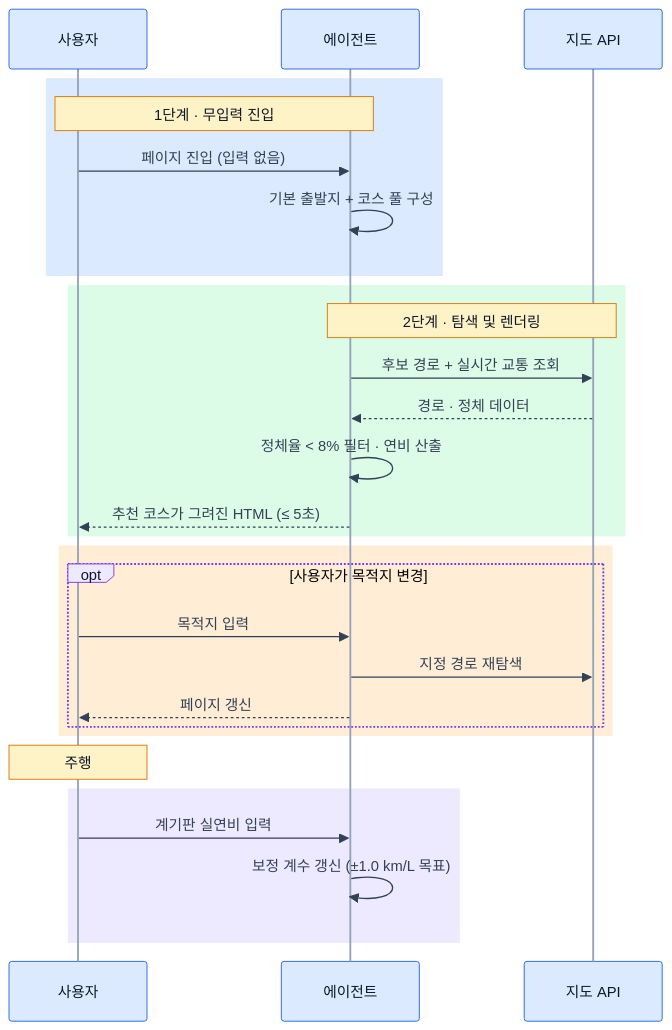
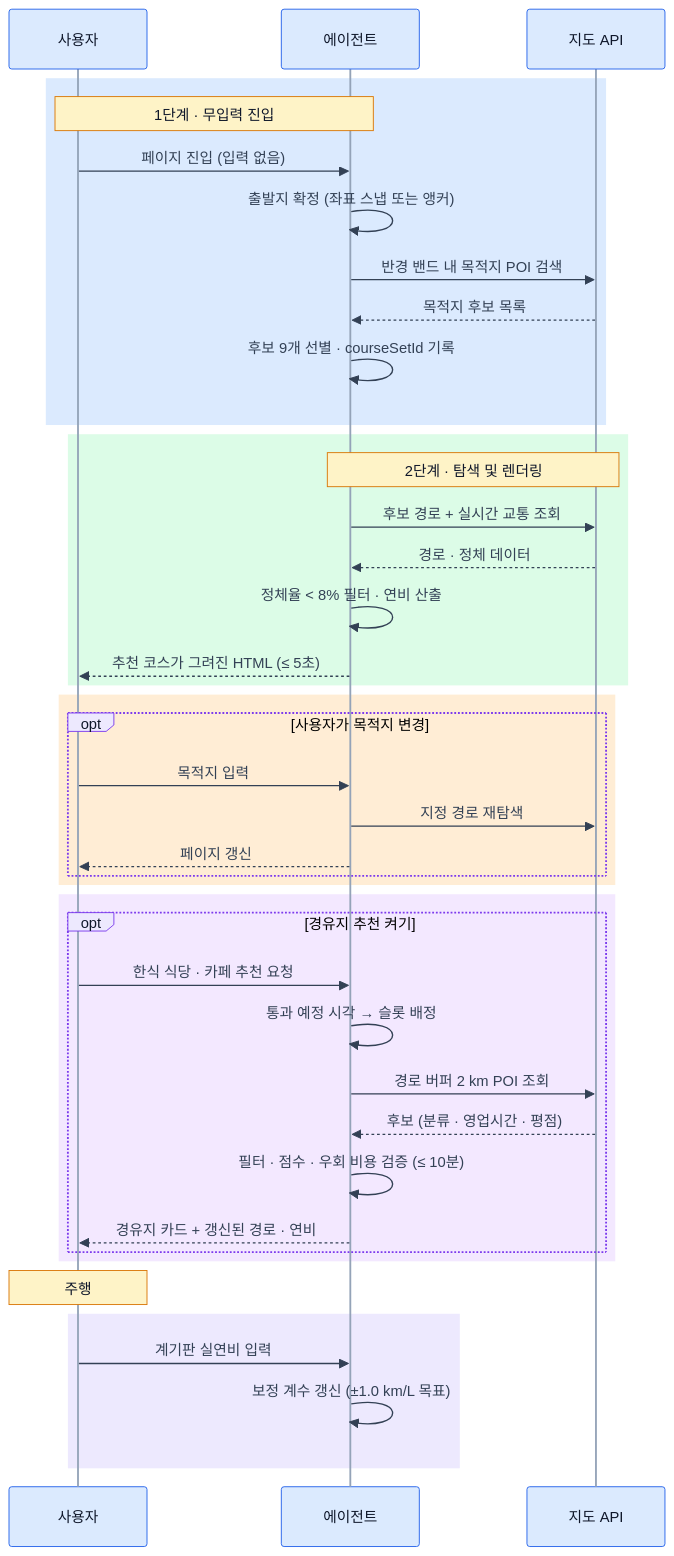
One commit to rome777/aiffel_test changed diagram 11 of 11 in README.md. Above: the diagram before and after it, drawn with Mermaid. The commit also changed other lines of this file, not shown here.

First line of the commit message:
런타임 코스 생성으로 전환, 선택형 식당·카페 경유지 추가

````diff
--- a/README.md
+++ b/README.md
@@ -502,36 +777,50 @@
 ```mermaid
 %%{init: {"themeVariables": {"actorBkg":"#dbeafe","actorBorder":"#2563eb","actorTextColor":"#0f172a","actorLineColor":"#94a3b8","signalColor":"#334155","signalTextColor":"#334155","labelBoxBkgColor":"#ede9fe","labelBoxBorderColor":"#7c3aed","labelTextColor":"#0f172a","noteBkgColor":"#fef3c7","noteBorderColor":"#d97706","noteTextColor":"#0f172a"}}}%%
 sequenceDiagram
     participant U as 사용자
     participant A as 에이전트
     participant M as 지도 API
 
     rect rgb(219, 234, 254)
         Note over U,A: 1단계 · 무입력 진입
         U->>A: 페이지 진입 (입력 없음)
-        A->>A: 기본 출발지 + 코스 풀 구성
+        A->>A: 출발지 확정 (좌표 스냅 또는 앵커)
+        A->>M: 반경 밴드 내 목적지 POI 검색
+        M-->>A: 목적지 후보 목록
+        A->>A: 후보 9개 선별 · courseSetId 기록
     end
 
     rect rgb(220, 252, 231)
         Note over A,M: 2단계 · 탐색 및 렌더링
         A->>M: 후보 경로 + 실시간 교통 조회
         M-->>A: 경로 · 정체 데이터
         A->>A: 정체율 < 8% 필터 · 연비 산출
         A-->>U: 추천 코스가 그려진 HTML (≤ 5초)
     end
 
     rect rgb(255, 237, 213)
         opt 사용자가 목적지 변경
             U->>A: 목적지 입력
             A->>M: 지정 경로 재탐색
             A-->>U: 페이지 갱신
         end
     end
 
+    rect rgb(243, 232, 255)
+        opt 경유지 추천 켜기
+            U->>A: 한식 식당 · 카페 추천 요청
+            A->>A: 통과 예정 시각 → 슬롯 배정
+            A->>M: 경로 버퍼 2 km POI 조회
+            M-->>A: 후보 (분류 · 영업시간 · 평점)
+            A->>A: 필터 · 점수 · 우회 비용 검증 (≤ 10분)
+            A-->>U: 경유지 카드 + 갱신된 경로 · 연비
+        end
+    end
+
     Note over U: 주행
 
     rect rgb(237, 233, 254)
         U->>A: 계기판 실연비 입력
         A->>A: 보정 계수 갱신 (±1.0 km/L 목표)
     end
 ```
````
